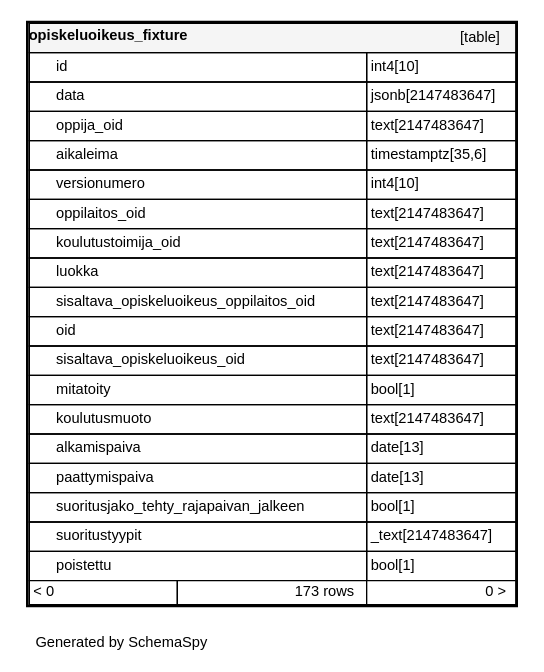
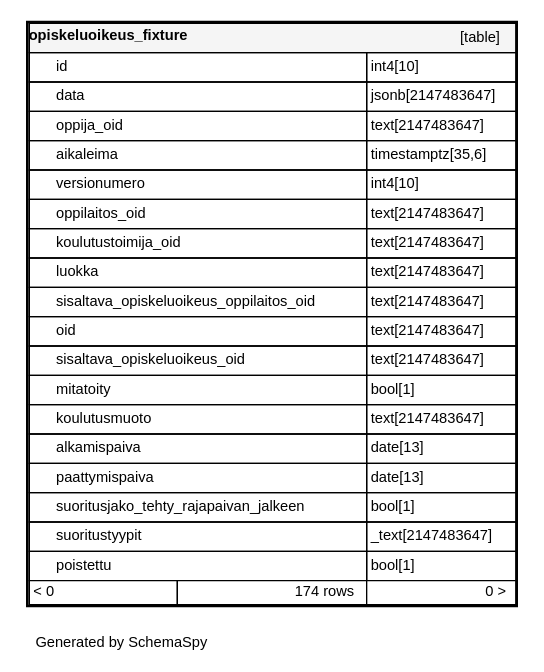
Before and after one commit to Opetushallitus/koski: the diagram in documentation/tietokantaskeemat/koski/diagrams/tables/opiskeluoikeus_fixture.1degree.dot, drawn with Graphviz. The commit also changed 69 other files, not shown here.

```diff
--- a/documentation/tietokantaskeemat/koski/diagrams/tables/opiskeluoikeus_fixture.1degree.dot
+++ b/documentation/tietokantaskeemat/koski/diagrams/tables/opiskeluoikeus_fixture.1degree.dot
@@ -1,31 +1,31 @@
 digraph "oneDegreeRelationshipsDiagram" {
   graph [    rankdir="RL"    bgcolor="#ffffff"    label="\nGenerated by SchemaSpy"    labeljust="l"    nodesep="0.18"    ranksep="0.46"    fontname="Helvetica"    fontsize="11"    ration="compress"  ];  node [    fontname="Helvetica"    fontsize="11"    shape="plaintext"  ];  edge [    arrowsize="0.8"  ];
   "opiskeluoikeus_fixture" [
    label=<
     <TABLE BORDER="2" CELLBORDER="1" CELLSPACING="0" BGCOLOR="#ffffff">
       <TR><TD COLSPAN="4"  BGCOLOR="#f5f5f5"><TABLE BORDER="0" CELLSPACING="0"><TR><TD ALIGN="LEFT" FIXEDSIZE="TRUE" WIDTH="130" HEIGHT="16"><B>opiskeluoikeus_fixture</B></TD><TD ALIGN="RIGHT">[table]</TD></TR></TABLE></TD></TR>
       <TR><TD PORT="id" COLSPAN="2" ALIGN="LEFT"><TABLE BORDER="0" CELLSPACING="0" ALIGN="LEFT"><TR ALIGN="LEFT"><TD ALIGN="LEFT" FIXEDSIZE="TRUE" WIDTH="15" HEIGHT="16"></TD><TD ALIGN="LEFT" FIXEDSIZE="TRUE" WIDTH="232" HEIGHT="16">id</TD></TR></TABLE></TD><TD PORT="id.type" ALIGN="LEFT">int4[10]</TD></TR>
       <TR><TD PORT="data" COLSPAN="2" ALIGN="LEFT"><TABLE BORDER="0" CELLSPACING="0" ALIGN="LEFT"><TR ALIGN="LEFT"><TD ALIGN="LEFT" FIXEDSIZE="TRUE" WIDTH="15" HEIGHT="16"></TD><TD ALIGN="LEFT" FIXEDSIZE="TRUE" WIDTH="232" HEIGHT="16">data</TD></TR></TABLE></TD><TD PORT="data.type" ALIGN="LEFT">jsonb[2147483647]</TD></TR>
       <TR><TD PORT="oppija_oid" COLSPAN="2" ALIGN="LEFT"><TABLE BORDER="0" CELLSPACING="0" ALIGN="LEFT"><TR ALIGN="LEFT"><TD ALIGN="LEFT" FIXEDSIZE="TRUE" WIDTH="15" HEIGHT="16"></TD><TD ALIGN="LEFT" FIXEDSIZE="TRUE" WIDTH="232" HEIGHT="16">oppija_oid</TD></TR></TABLE></TD><TD PORT="oppija_oid.type" ALIGN="LEFT">text[2147483647]</TD></TR>
       <TR><TD PORT="aikaleima" COLSPAN="2" ALIGN="LEFT"><TABLE BORDER="0" CELLSPACING="0" ALIGN="LEFT"><TR ALIGN="LEFT"><TD ALIGN="LEFT" FIXEDSIZE="TRUE" WIDTH="15" HEIGHT="16"></TD><TD ALIGN="LEFT" FIXEDSIZE="TRUE" WIDTH="232" HEIGHT="16">aikaleima</TD></TR></TABLE></TD><TD PORT="aikaleima.type" ALIGN="LEFT">timestamptz[35,6]</TD></TR>
       <TR><TD PORT="versionumero" COLSPAN="2" ALIGN="LEFT"><TABLE BORDER="0" CELLSPACING="0" ALIGN="LEFT"><TR ALIGN="LEFT"><TD ALIGN="LEFT" FIXEDSIZE="TRUE" WIDTH="15" HEIGHT="16"></TD><TD ALIGN="LEFT" FIXEDSIZE="TRUE" WIDTH="232" HEIGHT="16">versionumero</TD></TR></TABLE></TD><TD PORT="versionumero.type" ALIGN="LEFT">int4[10]</TD></TR>
       <TR><TD PORT="oppilaitos_oid" COLSPAN="2" ALIGN="LEFT"><TABLE BORDER="0" CELLSPACING="0" ALIGN="LEFT"><TR ALIGN="LEFT"><TD ALIGN="LEFT" FIXEDSIZE="TRUE" WIDTH="15" HEIGHT="16"></TD><TD ALIGN="LEFT" FIXEDSIZE="TRUE" WIDTH="232" HEIGHT="16">oppilaitos_oid</TD></TR></TABLE></TD><TD PORT="oppilaitos_oid.type" ALIGN="LEFT">text[2147483647]</TD></TR>
       <TR><TD PORT="koulutustoimija_oid" COLSPAN="2" ALIGN="LEFT"><TABLE BORDER="0" CELLSPACING="0" ALIGN="LEFT"><TR ALIGN="LEFT"><TD ALIGN="LEFT" FIXEDSIZE="TRUE" WIDTH="15" HEIGHT="16"></TD><TD ALIGN="LEFT" FIXEDSIZE="TRUE" WIDTH="232" HEIGHT="16">koulutustoimija_oid</TD></TR></TABLE></TD><TD PORT="koulutustoimija_oid.type" ALIGN="LEFT">text[2147483647]</TD></TR>
       <TR><TD PORT="luokka" COLSPAN="2" ALIGN="LEFT"><TABLE BORDER="0" CELLSPACING="0" ALIGN="LEFT"><TR ALIGN="LEFT"><TD ALIGN="LEFT" FIXEDSIZE="TRUE" WIDTH="15" HEIGHT="16"></TD><TD ALIGN="LEFT" FIXEDSIZE="TRUE" WIDTH="232" HEIGHT="16">luokka</TD></TR></TABLE></TD><TD PORT="luokka.type" ALIGN="LEFT">text[2147483647]</TD></TR>
       <TR><TD PORT="sisaltava_opiskeluoikeus_oppilaitos_oid" COLSPAN="2" ALIGN="LEFT"><TABLE BORDER="0" CELLSPACING="0" ALIGN="LEFT"><TR ALIGN="LEFT"><TD ALIGN="LEFT" FIXEDSIZE="TRUE" WIDTH="15" HEIGHT="16"></TD><TD ALIGN="LEFT" FIXEDSIZE="TRUE" WIDTH="232" HEIGHT="16">sisaltava_opiskeluoikeus_oppilaitos_oid</TD></TR></TABLE></TD><TD PORT="sisaltava_opiskeluoikeus_oppilaitos_oid.type" ALIGN="LEFT">text[2147483647]</TD></TR>
       <TR><TD PORT="oid" COLSPAN="2" ALIGN="LEFT"><TABLE BORDER="0" CELLSPACING="0" ALIGN="LEFT"><TR ALIGN="LEFT"><TD ALIGN="LEFT" FIXEDSIZE="TRUE" WIDTH="15" HEIGHT="16"></TD><TD ALIGN="LEFT" FIXEDSIZE="TRUE" WIDTH="232" HEIGHT="16">oid</TD></TR></TABLE></TD><TD PORT="oid.type" ALIGN="LEFT">text[2147483647]</TD></TR>
       <TR><TD PORT="sisaltava_opiskeluoikeus_oid" COLSPAN="2" ALIGN="LEFT"><TABLE BORDER="0" CELLSPACING="0" ALIGN="LEFT"><TR ALIGN="LEFT"><TD ALIGN="LEFT" FIXEDSIZE="TRUE" WIDTH="15" HEIGHT="16"></TD><TD ALIGN="LEFT" FIXEDSIZE="TRUE" WIDTH="232" HEIGHT="16">sisaltava_opiskeluoikeus_oid</TD></TR></TABLE></TD><TD PORT="sisaltava_opiskeluoikeus_oid.type" ALIGN="LEFT">text[2147483647]</TD></TR>
       <TR><TD PORT="mitatoity" COLSPAN="2" ALIGN="LEFT"><TABLE BORDER="0" CELLSPACING="0" ALIGN="LEFT"><TR ALIGN="LEFT"><TD ALIGN="LEFT" FIXEDSIZE="TRUE" WIDTH="15" HEIGHT="16"></TD><TD ALIGN="LEFT" FIXEDSIZE="TRUE" WIDTH="232" HEIGHT="16">mitatoity</TD></TR></TABLE></TD><TD PORT="mitatoity.type" ALIGN="LEFT">bool[1]</TD></TR>
       <TR><TD PORT="koulutusmuoto" COLSPAN="2" ALIGN="LEFT"><TABLE BORDER="0" CELLSPACING="0" ALIGN="LEFT"><TR ALIGN="LEFT"><TD ALIGN="LEFT" FIXEDSIZE="TRUE" WIDTH="15" HEIGHT="16"></TD><TD ALIGN="LEFT" FIXEDSIZE="TRUE" WIDTH="232" HEIGHT="16">koulutusmuoto</TD></TR></TABLE></TD><TD PORT="koulutusmuoto.type" ALIGN="LEFT">text[2147483647]</TD></TR>
       <TR><TD PORT="alkamispaiva" COLSPAN="2" ALIGN="LEFT"><TABLE BORDER="0" CELLSPACING="0" ALIGN="LEFT"><TR ALIGN="LEFT"><TD ALIGN="LEFT" FIXEDSIZE="TRUE" WIDTH="15" HEIGHT="16"></TD><TD ALIGN="LEFT" FIXEDSIZE="TRUE" WIDTH="232" HEIGHT="16">alkamispaiva</TD></TR></TABLE></TD><TD PORT="alkamispaiva.type" ALIGN="LEFT">date[13]</TD></TR>
       <TR><TD PORT="paattymispaiva" COLSPAN="2" ALIGN="LEFT"><TABLE BORDER="0" CELLSPACING="0" ALIGN="LEFT"><TR ALIGN="LEFT"><TD ALIGN="LEFT" FIXEDSIZE="TRUE" WIDTH="15" HEIGHT="16"></TD><TD ALIGN="LEFT" FIXEDSIZE="TRUE" WIDTH="232" HEIGHT="16">paattymispaiva</TD></TR></TABLE></TD><TD PORT="paattymispaiva.type" ALIGN="LEFT">date[13]</TD></TR>
       <TR><TD PORT="suoritusjako_tehty_rajapaivan_jalkeen" COLSPAN="2" ALIGN="LEFT"><TABLE BORDER="0" CELLSPACING="0" ALIGN="LEFT"><TR ALIGN="LEFT"><TD ALIGN="LEFT" FIXEDSIZE="TRUE" WIDTH="15" HEIGHT="16"></TD><TD ALIGN="LEFT" FIXEDSIZE="TRUE" WIDTH="232" HEIGHT="16">suoritusjako_tehty_rajapaivan_jalkeen</TD></TR></TABLE></TD><TD PORT="suoritusjako_tehty_rajapaivan_jalkeen.type" ALIGN="LEFT">bool[1]</TD></TR>
       <TR><TD PORT="suoritustyypit" COLSPAN="2" ALIGN="LEFT"><TABLE BORDER="0" CELLSPACING="0" ALIGN="LEFT"><TR ALIGN="LEFT"><TD ALIGN="LEFT" FIXEDSIZE="TRUE" WIDTH="15" HEIGHT="16"></TD><TD ALIGN="LEFT" FIXEDSIZE="TRUE" WIDTH="232" HEIGHT="16">suoritustyypit</TD></TR></TABLE></TD><TD PORT="suoritustyypit.type" ALIGN="LEFT">_text[2147483647]</TD></TR>
       <TR><TD PORT="poistettu" COLSPAN="2" ALIGN="LEFT"><TABLE BORDER="0" CELLSPACING="0" ALIGN="LEFT"><TR ALIGN="LEFT"><TD ALIGN="LEFT" FIXEDSIZE="TRUE" WIDTH="15" HEIGHT="16"></TD><TD ALIGN="LEFT" FIXEDSIZE="TRUE" WIDTH="232" HEIGHT="16">poistettu</TD></TR></TABLE></TD><TD PORT="poistettu.type" ALIGN="LEFT">bool[1]</TD></TR>
-      <TR><TD ALIGN="LEFT" BGCOLOR="#ffffff">&lt; 0</TD><TD ALIGN="RIGHT" BGCOLOR="#ffffff">173 rows</TD><TD ALIGN="RIGHT" BGCOLOR="#ffffff">0 &gt;</TD></TR>
+      <TR><TD ALIGN="LEFT" BGCOLOR="#ffffff">&lt; 0</TD><TD ALIGN="RIGHT" BGCOLOR="#ffffff">174 rows</TD><TD ALIGN="RIGHT" BGCOLOR="#ffffff">0 &gt;</TD></TR>
     </TABLE>>
     URL="../../tables/opiskeluoikeus_fixture.html"
     target="_top"
     tooltip="opiskeluoikeus_fixture"
   ];
 }
```
